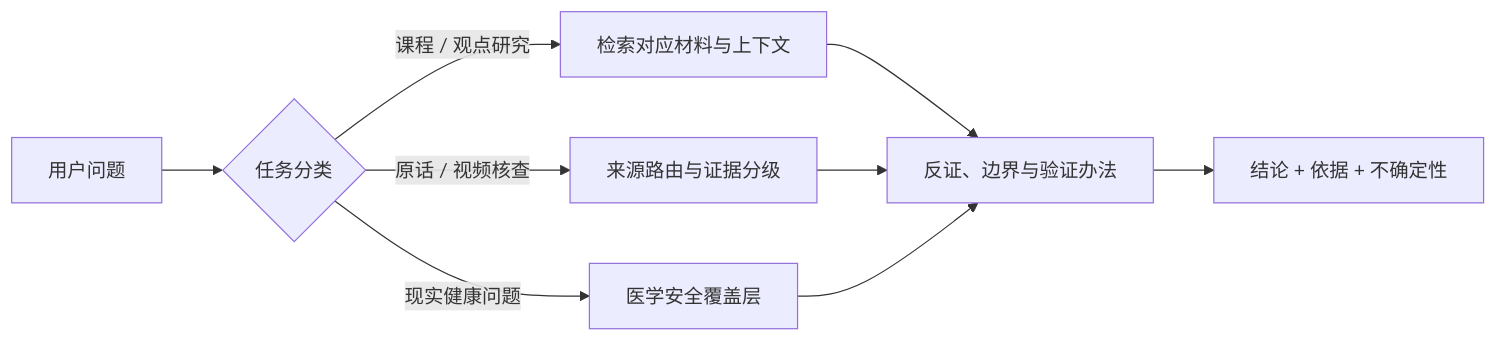
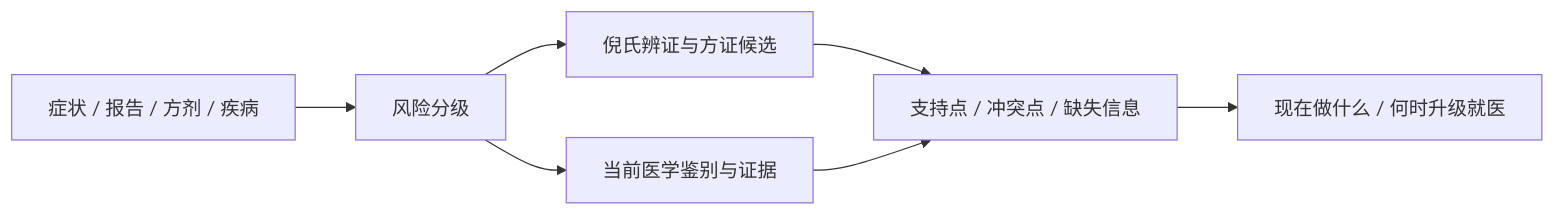
One commit to Fangx-AI/ni-haixia-perspective changed the diagram in README.md. Above: the diagram before and after it, drawn with Mermaid. The commit also changed other lines of this file and 7 other files, not shown here.

````diff
--- a/README.md
+++ b/README.md
@@ -152,11 +85,9 @@
 ```mermaid
 flowchart LR
-    A[用户问题] --> B{任务分类}
-    B -->|课程 / 观点研究| C[检索对应材料与上下文]
-    B -->|原话 / 视频核查| D[来源路由与证据分级]
-    B -->|现实健康问题| E[医学安全覆盖层]
-    C --> F[反证、边界与验证办法]
-    D --> F
-    E --> F
-    F --> G[结论 + 依据 + 不确定性]
+    A[症状 / 报告 / 方剂 / 疾病] --> B[风险分级]
+    B --> C[倪氏辨证与方证候选]
+    B --> D[当前医学鉴别与证据]
+    C --> E[支持点 / 冲突点 / 缺失信息]
+    D --> E
+    E --> F[现在做什么 / 何时升级就医]
 ```
````
